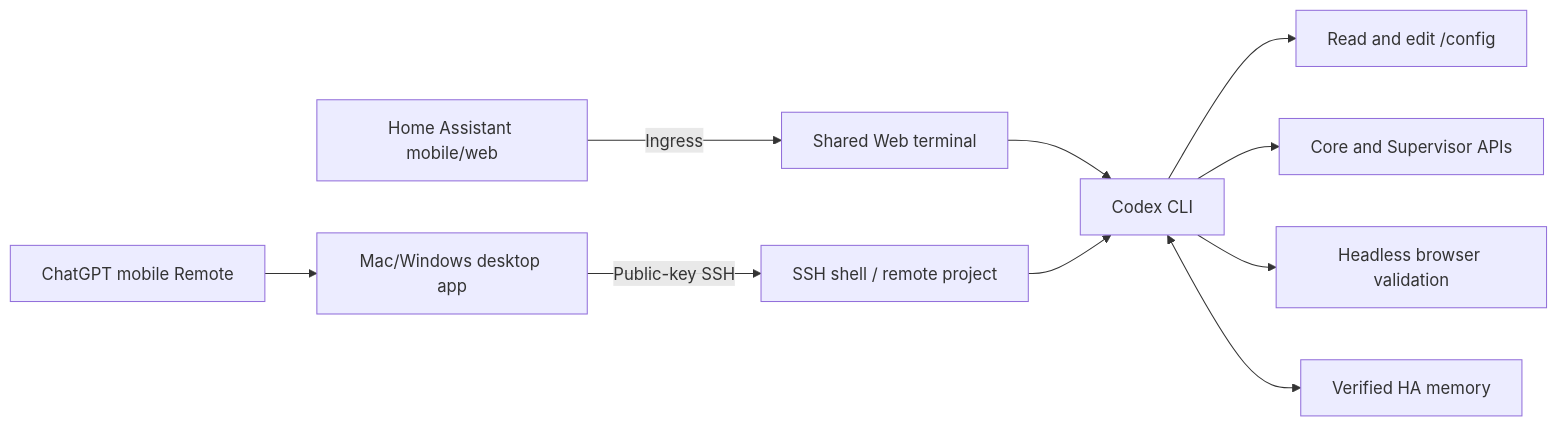
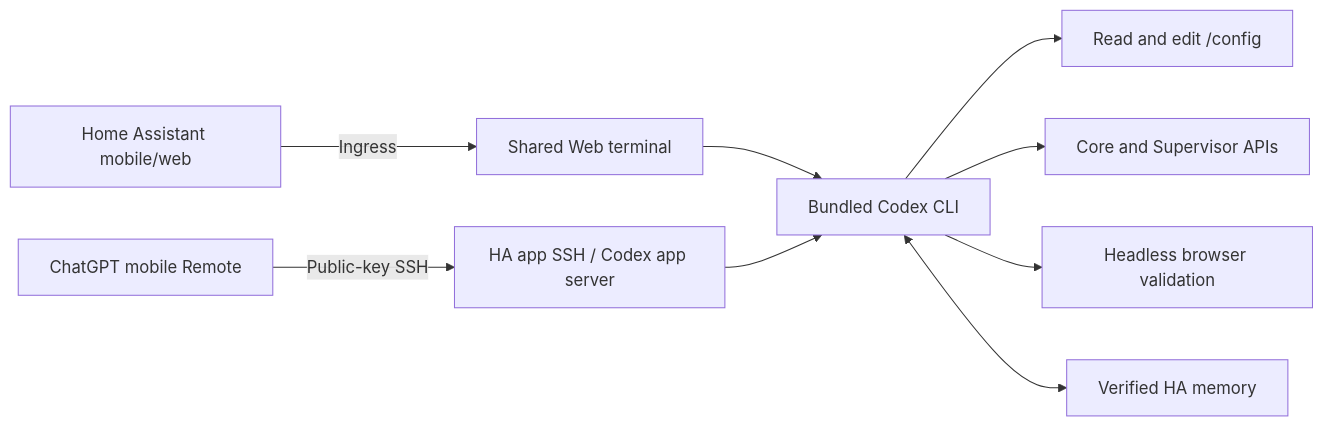
Before and after one commit to Kanu-Coffee/codex-for-home-assistant: the diagram in README.en.md, drawn with Mermaid. The commit also changed other lines of this file and 17 other files, not shown here.

First line of the commit message:
docs: fix direct mobile Remote SSH flow (#32)

````diff
--- a/README.en.md
+++ b/README.en.md
@@ -64,12 +64,11 @@
 ```mermaid
 flowchart LR
     M["Home Assistant mobile/web"] -->|Ingress| T["Shared Web terminal"]
-    P["ChatGPT mobile Remote"] --> D["Mac/Windows desktop app"]
-    D -->|Public-key SSH| S["SSH shell / remote project"]
-    T --> C["Codex CLI"]
+    P["ChatGPT mobile Remote"] -->|Public-key SSH| S["HA app SSH / Codex app server"]
+    T --> C["Bundled Codex CLI"]
     S --> C
     C --> F["Read and edit /config"]
     C --> A["Core and Supervisor APIs"]
     C --> B["Headless browser validation"]
     C <--> H["Verified HA memory"]
 ```
````
